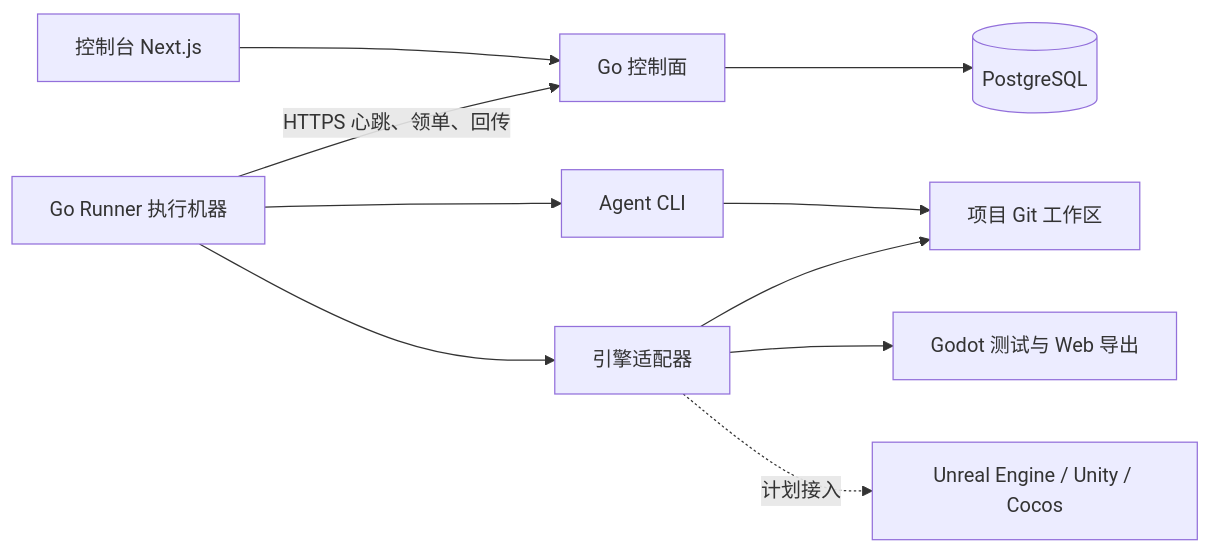
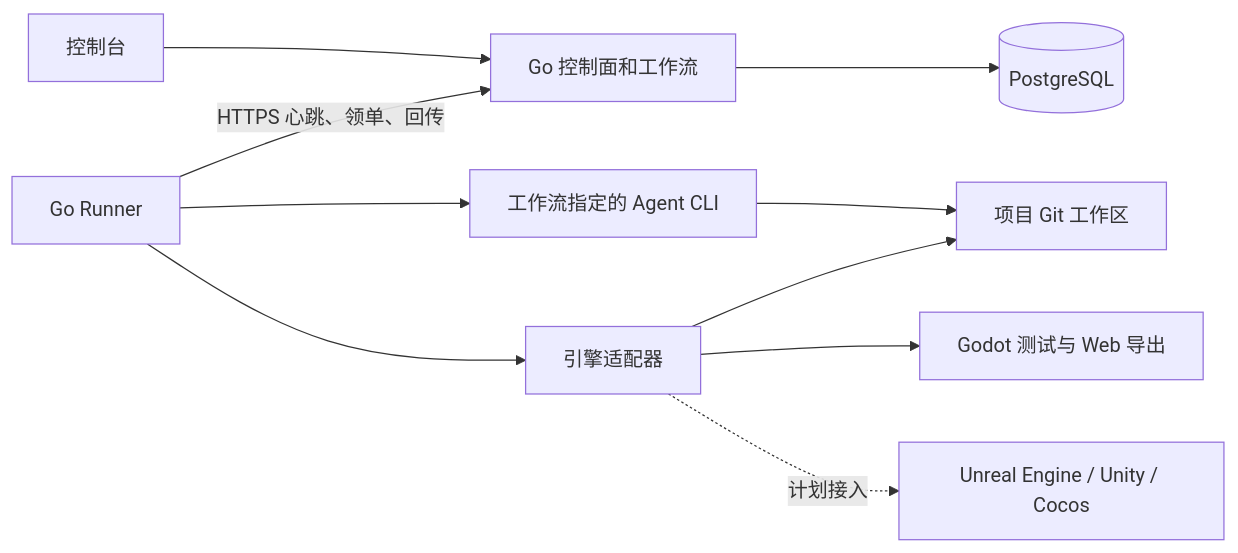
One commit to PhongFeng/Agentrib changed the diagram in README.md. Above: the diagram before and after it, drawn with Mermaid. The commit also changed other lines of this file, not shown here.

Commit message:
Refresh README for the studio roadmap and shipped workflow

````diff
--- a/README.md
+++ b/README.md
@@ -63,12 +67,12 @@
 ```mermaid
 flowchart LR
-    Console[控制台 Next.js] --> Server[Go 控制面]
+    Console[控制台] --> Server[Go 控制面和工作流]
     Server --> Database[(PostgreSQL)]
-    Runner[Go Runner 执行机器] -->|HTTPS 心跳、领单、回传| Server
-    Runner --> Agents[Agent CLI]
+    Runner[Go Runner] -->|HTTPS 心跳、领单、回传| Server
+    Runner --> Agents[工作流指定的 Agent CLI]
     Runner --> Engine[引擎适配器]
     Engine --> Godot[Godot 测试与 Web 导出]
     Engine -. 计划接入 .-> Future[Unreal Engine / Unity / Cocos]
     Agents --> Git[项目 Git 工作区]
     Engine --> Git
 ```
````
